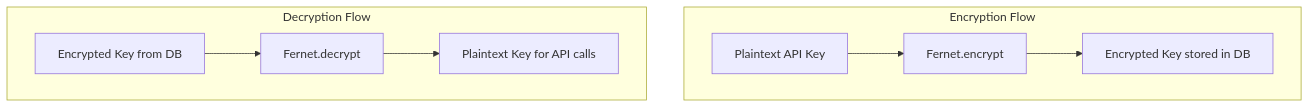
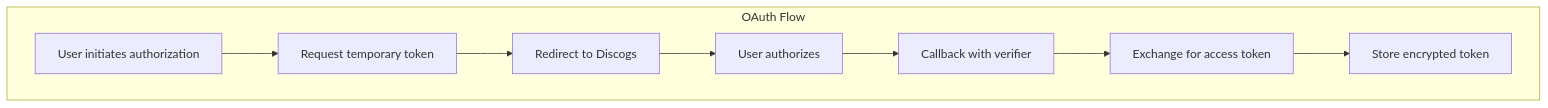
One commit to SimplicityGuy/vinyldigger changed the fourth of 4 diagrams in docs/architecture.md. Above: the diagram before and after it, drawn with Mermaid. The commit also changed other lines of this file and 40 other files, not shown here.

First line of the commit message:
refactor: remove discogs_username from User model

````diff
--- a/docs/architecture.md
+++ b/docs/architecture.md
@@ -227,12 +227,11 @@
 ```mermaid
 graph TD
-    subgraph "Encryption Flow"
-        A1[Plaintext API Key] --> B1[Fernet.encrypt]
-        B1 --> C1[Encrypted Key stored in DB]
-    end
-
-    subgraph "Decryption Flow"
-        C2[Encrypted Key from DB] --> B2[Fernet.decrypt]
-        B2 --> A2[Plaintext Key for API calls]
+    subgraph "OAuth Flow"
+        A1[User initiates authorization] --> B1[Request temporary token]
+        B1 --> C1[Redirect to Discogs]
+        C1 --> D1[User authorizes]
+        D1 --> E1[Callback with verifier]
+        E1 --> F1[Exchange for access token]
+        F1 --> G1[Store encrypted token]
     end
 ```
````
